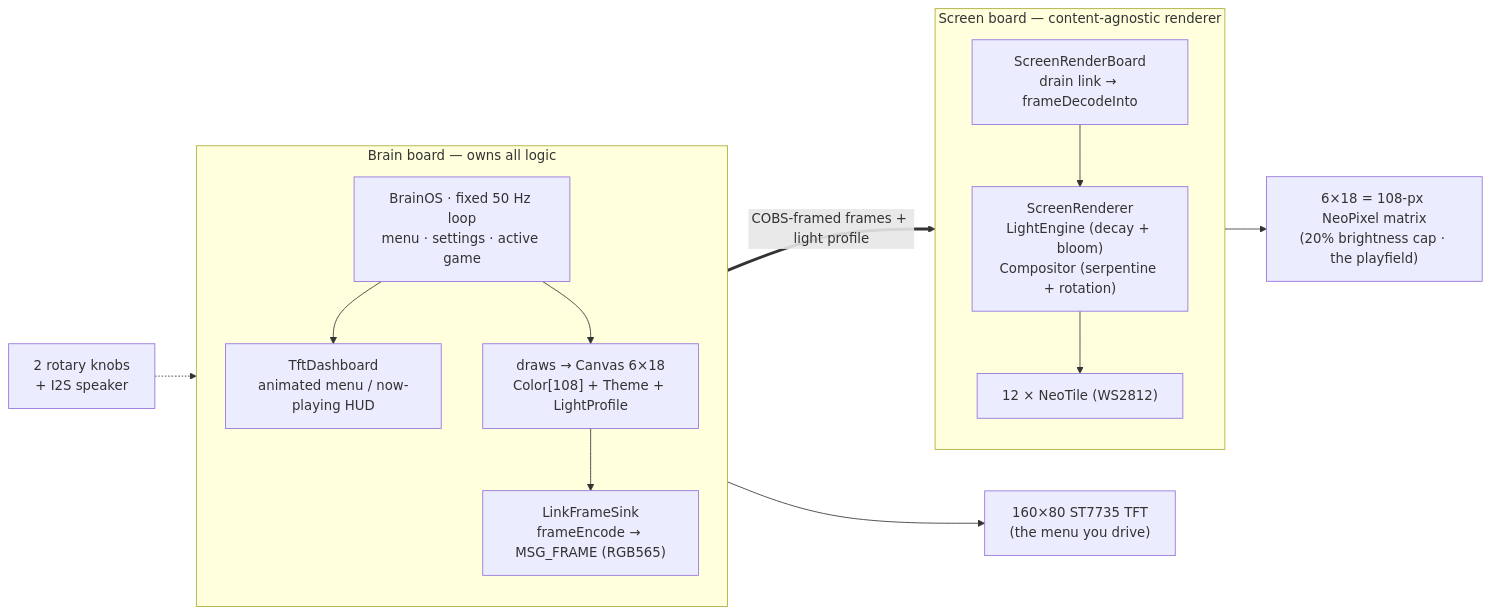
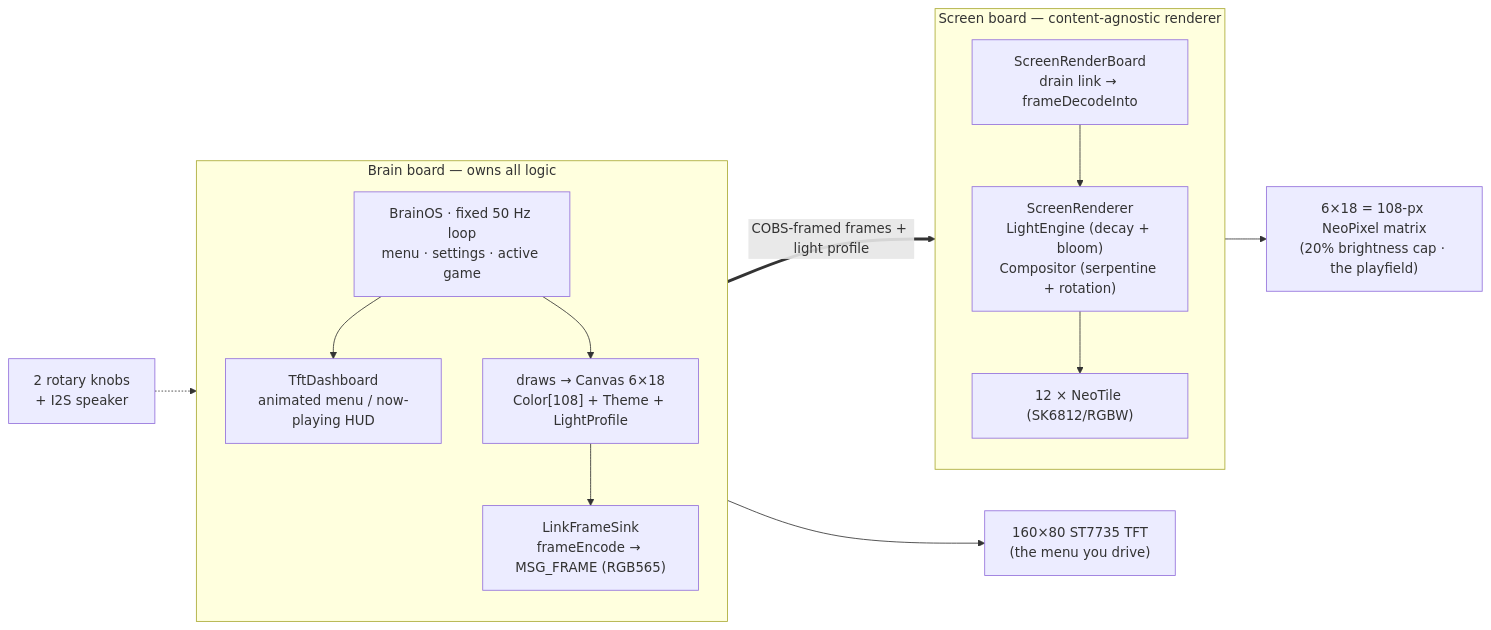
The diagram in README.md (NikitaSuprun/atech-hackathon), drawn with Mermaid before and after one commit. The commit also changed other lines of this file, not shown here.

````diff
--- a/README.md
+++ b/README.md
@@ -106,27 +108,27 @@
 ```mermaid
 flowchart LR
   KB["2 rotary knobs<br/>+ I2S speaker"] -.-> OS
 
   subgraph BRAIN["Brain board — owns all logic"]
     direction TB
     OS["BrainOS · fixed 50 Hz loop<br/>menu · settings · active game"]
     DASH["TftDashboard<br/>animated menu / now-playing HUD"]
     CV["draws → Canvas 6×18<br/>Color[108] + Theme + LightProfile"]
     FS["LinkFrameSink<br/>frameEncode → MSG_FRAME (RGB565)"]
     OS --> DASH
     OS --> CV --> FS
   end
 
   DASH --> TFT["160×80 ST7735 TFT<br/>(the menu you drive)"]
 
   subgraph SCREEN["Screen board — content-agnostic renderer"]
     direction TB
     RB["ScreenRenderBoard<br/>drain link → frameDecodeInto"]
     SR["ScreenRenderer<br/>LightEngine (decay + bloom)<br/>Compositor (serpentine + rotation)"]
-    NT["12 × NeoTile (WS2812)"]
+    NT["12 × NeoTile (SK6812/RGBW)"]
     RB --> SR --> NT
   end
 
   FS ==>|"COBS-framed frames + light profile"| RB
   NT --> MATRIX["6×18 = 108-px NeoPixel matrix<br/>(20% brightness cap · the playfield)"]
 ```
````
